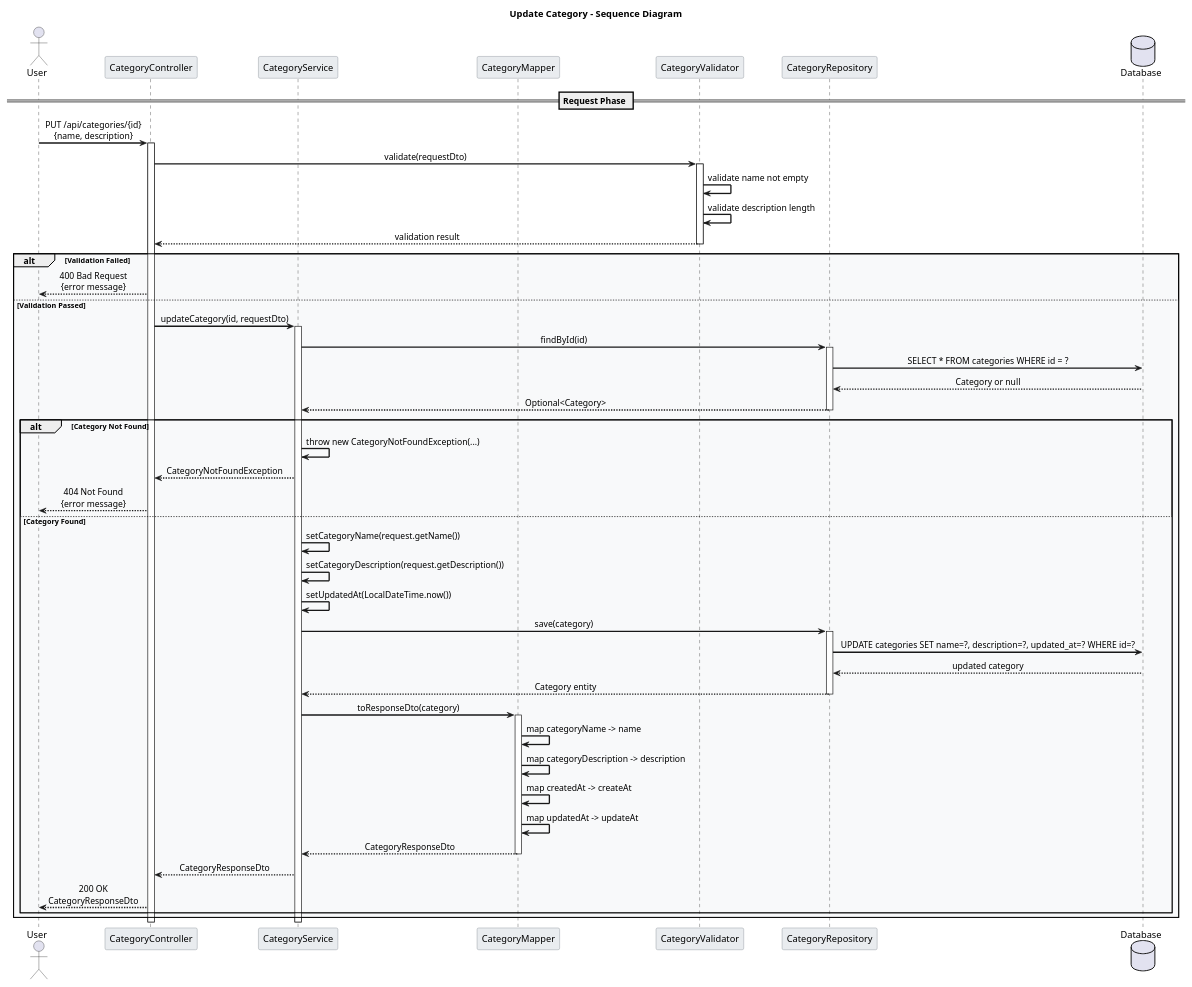
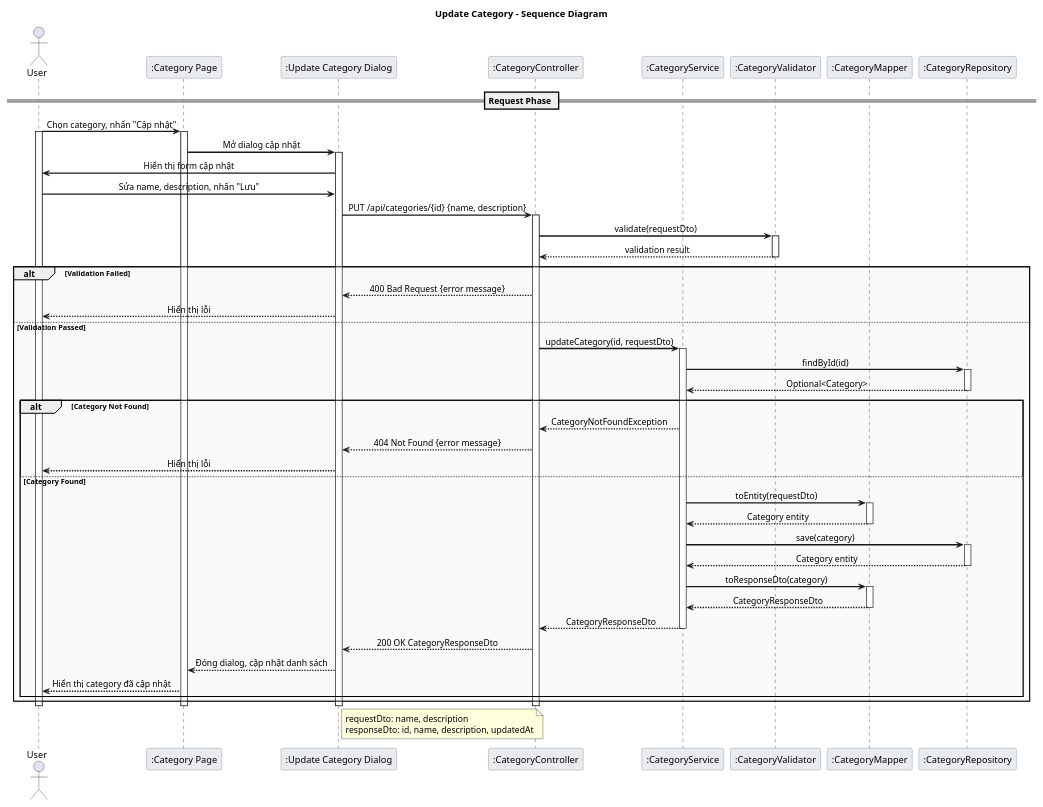
One commit to LamVNT/Farmovo changed the diagram in Category_Update_Sequence.puml. Above: the diagram before and after it, drawn with PlantUML. The commit also changed 15 other files, not shown here.

```diff
--- a/Category_Update_Sequence.puml
+++ b/Category_Update_Sequence.puml
@@ -1,78 +1,83 @@
 @startuml Category_Update_Sequence
 
 skinparam backgroundColor white
 skinparam sequenceArrowThickness 2
 skinparam sequenceMessageAlign center
 skinparam sequenceGroupBodyBackgroundColor #F8F9FA
 skinparam sequenceParticipantBorderColor #6C757D
 skinparam sequenceParticipantBackgroundColor #E9ECEF
 skinparam sequenceLifeLineStroke dash
 
 title Update Category - Sequence Diagram
 
 actor User as U
-participant "CategoryController" as CC
-participant "CategoryService" as CS
-participant "CategoryMapper" as CM
-participant "CategoryValidator" as CV
-participant "CategoryRepository" as CR
-database "Database" as DB
+participant ":Category Page" as UI
+participant ":Update Category Dialog" as CUI
+participant ":CategoryController" as CC
+participant ":CategoryService" as CS
+participant ":CategoryValidator" as CV
+participant ":CategoryMapper" as CM
+participant ":CategoryRepository" as CR
 
 == Request Phase ==
-U -> CC: PUT /api/categories/{id}\n{name, description}
+U -> UI: Chọn category, nhấn "Cập nhật"
+activate U
+activate UI
+UI -> CUI: Mở dialog cập nhật
+activate CUI
+CUI -> U: Hiển thị form cập nhật
+U -> CUI: Sửa name, description, nhấn "Lưu"
+CUI -> CC: PUT /api/categories/{id} {name, description}
 activate CC
 
 CC -> CV: validate(requestDto)
 activate CV
-CV -> CV: validate name not empty
-CV -> CV: validate description length
 CV --> CC: validation result
 deactivate CV
 
 alt Validation Failed
-    CC --> U: 400 Bad Request\n{error message}
+    CC --> CUI: 400 Bad Request {error message}
+    CUI --> U: Hiển thị lỗi
 else Validation Passed
     CC -> CS: updateCategory(id, requestDto)
     activate CS
-    
     CS -> CR: findById(id)
     activate CR
-    CR -> DB: SELECT * FROM categories WHERE id = ?
-    DB --> CR: Category or null
     CR --> CS: Optional<Category>
     deactivate CR
-    
     alt Category Not Found
-        CS -> CS: throw new CategoryNotFoundException(...)
         CS --> CC: CategoryNotFoundException
-        CC --> U: 404 Not Found\n{error message}
+        CC --> CUI: 404 Not Found {error message}
+        CUI --> U: Hiển thị lỗi
     else Category Found
-        CS -> CS: setCategoryName(request.getName())
-        CS -> CS: setCategoryDescription(request.getDescription())
-        CS -> CS: setUpdatedAt(LocalDateTime.now())
-        
+        CS -> CM: toEntity(requestDto)
+        activate CM
+        CM --> CS: Category entity
+        deactivate CM
         CS -> CR: save(category)
         activate CR
-        CR -> DB: UPDATE categories SET name=?, description=?, updated_at=? WHERE id=?
-        DB --> CR: updated category
         CR --> CS: Category entity
         deactivate CR
-        
         CS -> CM: toResponseDto(category)
         activate CM
-        CM -> CM: map categoryName -> name
-        CM -> CM: map categoryDescription -> description
-        CM -> CM: map createdAt -> createAt
-        CM -> CM: map updatedAt -> updateAt
         CM --> CS: CategoryResponseDto
         deactivate CM
-        
         CS --> CC: CategoryResponseDto
-        CC --> U: 200 OK\nCategoryResponseDto
+        deactivate CS
+        CC --> CUI: 200 OK CategoryResponseDto
+        CUI --> UI: Đóng dialog, cập nhật danh sách
+        UI --> U: Hiển thị category đã cập nhật
     end
 end
 
-deactivate CS
 deactivate CC
+deactivate CUI
+deactivate UI
+deactivate U
+
+note right of CUI
+    requestDto: name, description
+    responseDto: id, name, description, updatedAt
+end note
 
 @enduml 
```
